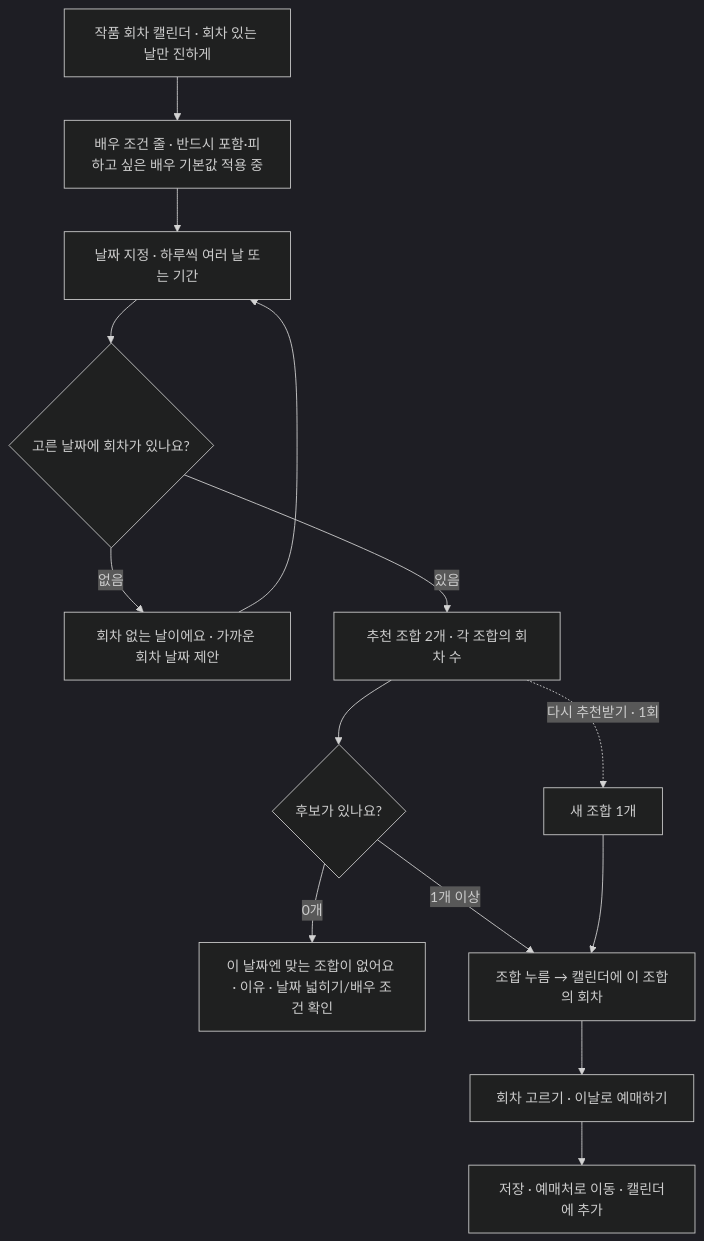
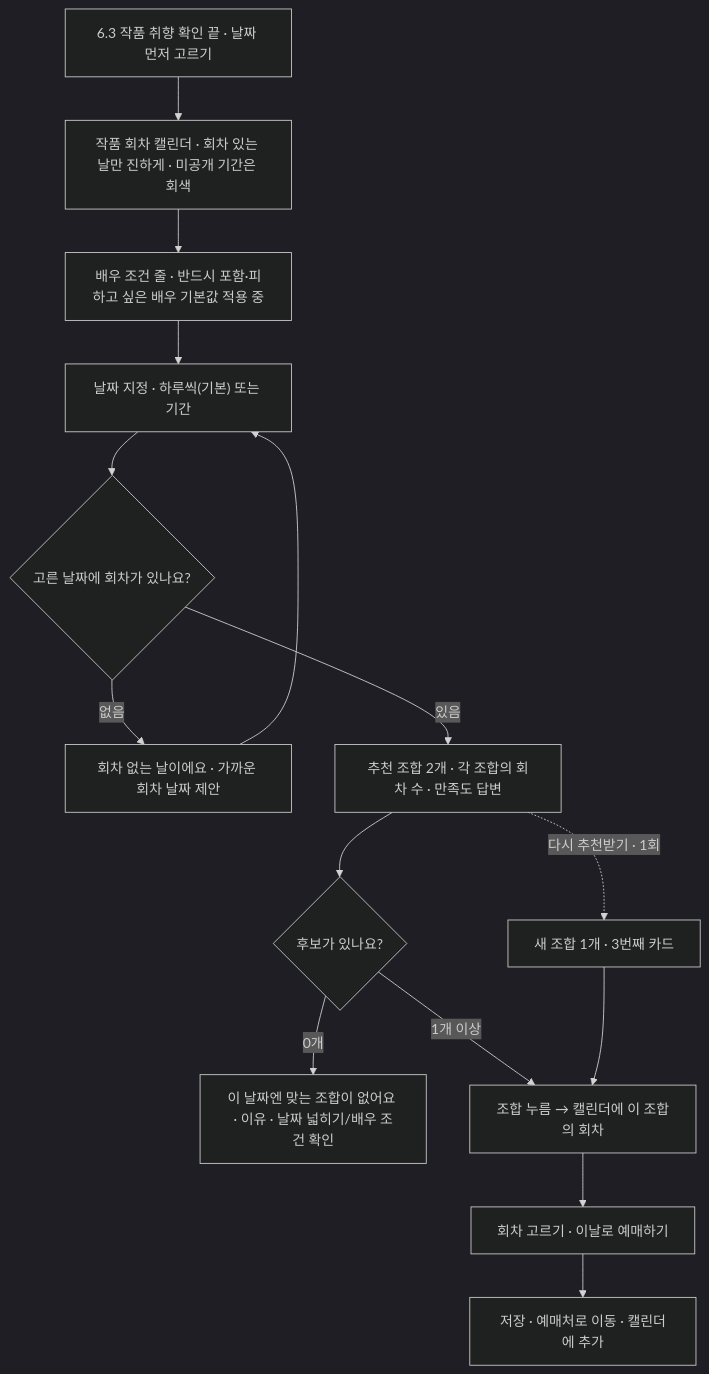
One commit to 2ma1995/pickle-src changed the sixth of 8 diagrams in docs/261027_2_MVP_사용자흐름.md. Above: the diagram before and after it, drawn with Mermaid (dark theme). The commit also changed other lines of this file, not shown here.

First line of the commit message:
MVP 사용자 흐름 문서 v0.6: 작품 취향 확인 단계·조합 만족도·태그 형식 관람 후 리뷰, 남은 결정 확정

````diff
--- a/docs/261027_2_MVP_사용자흐름.md
+++ b/docs/261027_2_MVP_사용자흐름.md
@@ -292,14 +335,15 @@
 ```mermaid
 flowchart TD
-    A["작품 회차 캘린더 · 회차 있는 날만 진하게"] --> AA["배우 조건 줄 · 반드시 포함·피하고 싶은 배우 기본값 적용 중"]
-    AA --> B["날짜 지정 · 하루씩 여러 날 또는 기간"]
+    START["6.3 작품 취향 확인 끝 · 날짜 먼저 고르기"] --> A["작품 회차 캘린더 · 회차 있는 날만 진하게 · 미공개 기간은 회색"]
+    A --> AA["배우 조건 줄 · 반드시 포함·피하고 싶은 배우 기본값 적용 중"]
+    AA --> B["날짜 지정 · 하루씩(기본) 또는 기간"]
     B --> C{"고른 날짜에 회차가 있나요?"}
     C -->|없음| C0["회차 없는 날이에요 · 가까운 회차 날짜 제안"] --> B
-    C -->|있음| E["추천 조합 2개 · 각 조합의 회차 수"]
+    C -->|있음| E["추천 조합 2개 · 각 조합의 회차 수 · 만족도 답변"]
     E --> F{"후보가 있나요?"}
     F -->|0개| F0["이 날짜엔 맞는 조합이 없어요 · 이유 · 날짜 넓히기/배우 조건 확인"]
     F -->|1개 이상| G["조합 누름 → 캘린더에 이 조합의 회차"]
-    E -.->|다시 추천받기 · 1회| E2["새 조합 1개"] --> G
+    E -.->|다시 추천받기 · 1회| E2["새 조합 1개 · 3번째 카드"] --> G
     G --> H["회차 고르기 · 이날로 예매하기"]
     H --> I["저장 · 예매처로 이동 · 캘린더에 추가"]
 ```
````
